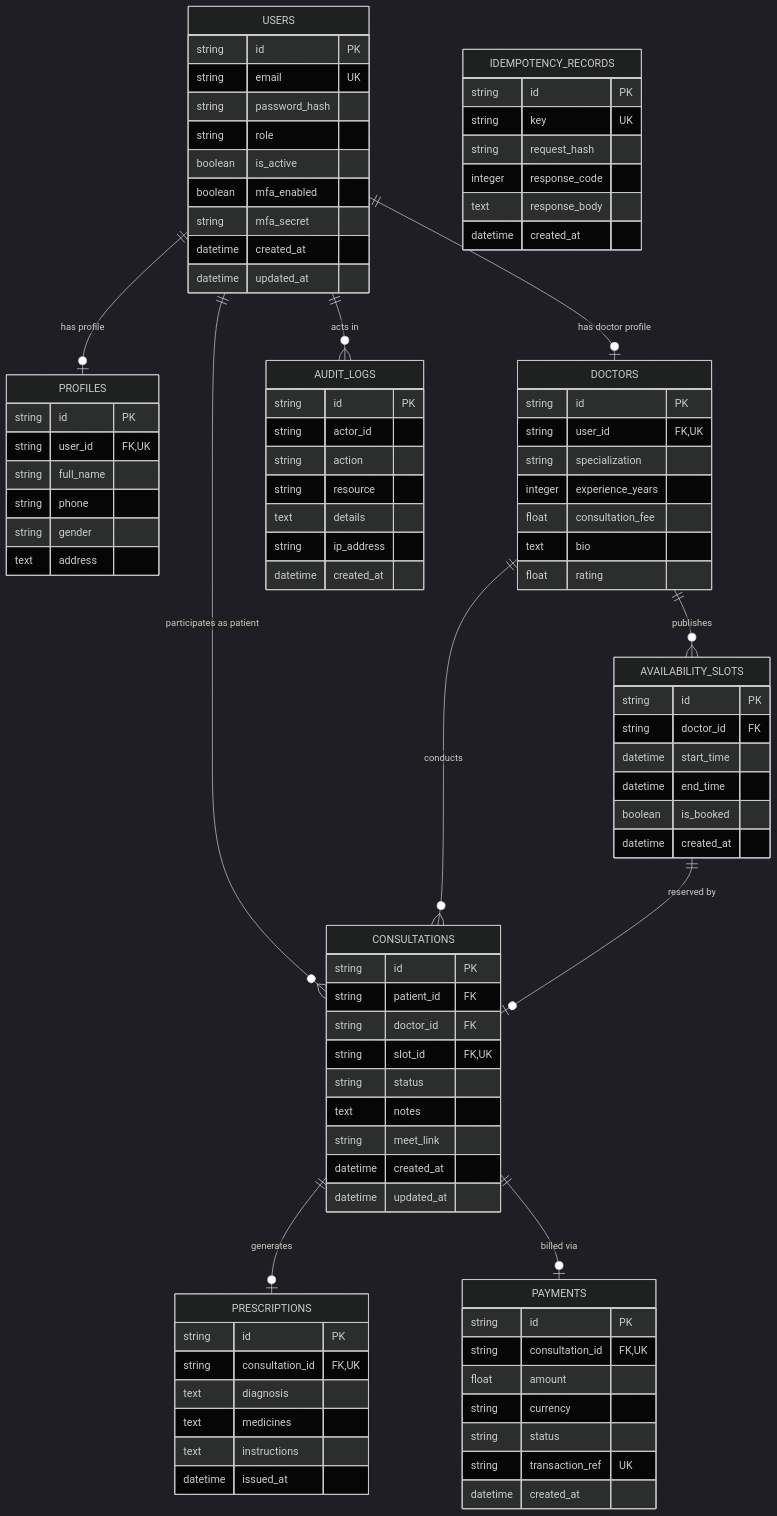
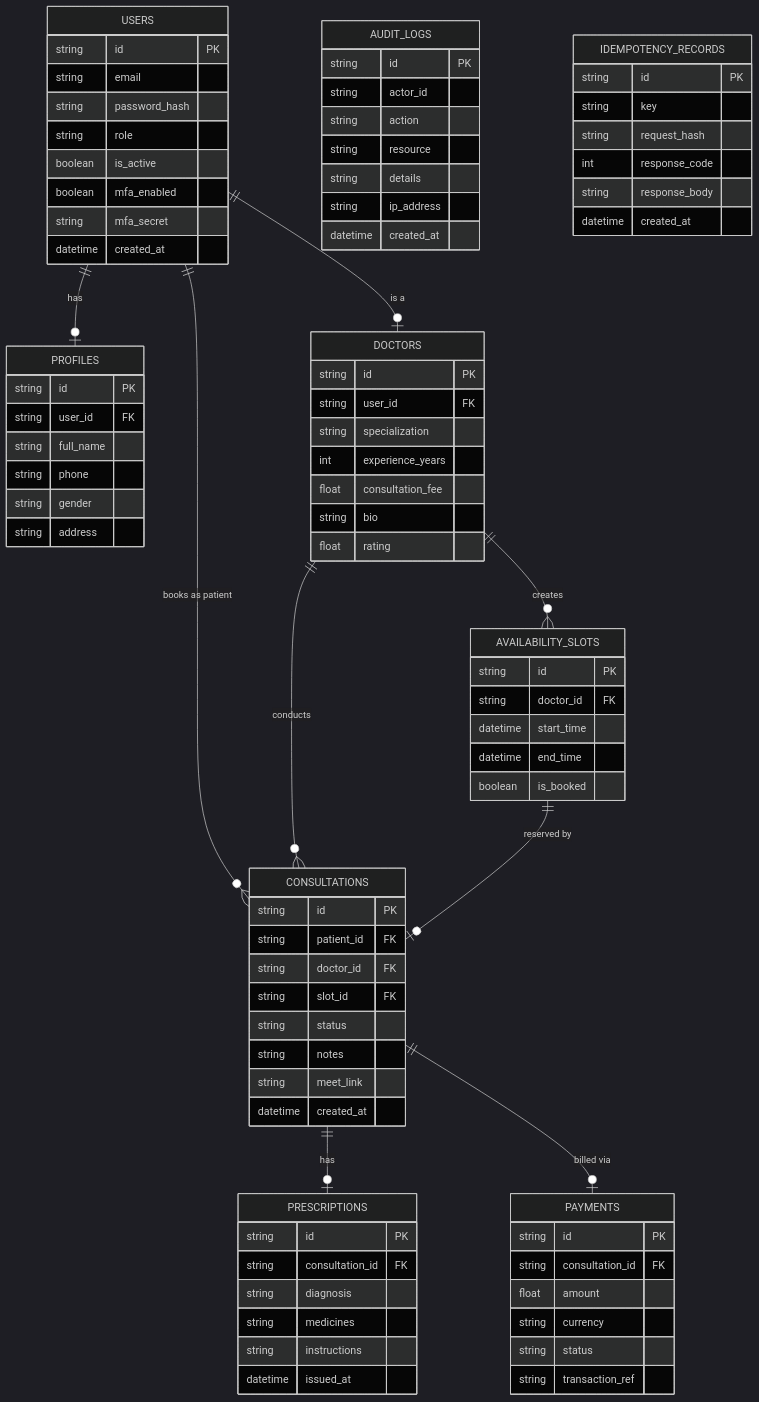
The diagram in docs/er-diagram.md (Satyam-gupta04/amrutam-telemedicine-backend), drawn with Mermaid (dark theme) before and after one commit. The commit also changed other lines of this file and 22 other files, not shown here.

````diff
--- a/docs/er-diagram.md
+++ b/docs/er-diagram.md
@@ -5,43 +3,41 @@
 ```mermaid
 erDiagram
-    USERS ||--o| PROFILES : "has profile"
-    USERS ||--o| DOCTORS : "has doctor profile"
-    USERS ||--o{ CONSULTATIONS : "participates as patient"
-    DOCTORS ||--o{ AVAILABILITY_SLOTS : "publishes"
+    USERS ||--o| PROFILES : "has"
+    USERS ||--o| DOCTORS : "is a"
+    USERS ||--o{ CONSULTATIONS : "books as patient"
+    DOCTORS ||--o{ AVAILABILITY_SLOTS : "creates"
     DOCTORS ||--o{ CONSULTATIONS : "conducts"
     AVAILABILITY_SLOTS ||--o| CONSULTATIONS : "reserved by"
-    CONSULTATIONS ||--o| PRESCRIPTIONS : "generates"
+    CONSULTATIONS ||--o| PRESCRIPTIONS : "has"
     CONSULTATIONS ||--o| PAYMENTS : "billed via"
-    USERS ||--o{ AUDIT_LOGS : "acts in"
 
     USERS {
         string id PK
-        string email UK
+        string email
         string password_hash
         string role
         boolean is_active
         boolean mfa_enabled
         string mfa_secret
         datetime created_at
-        datetime updated_at
     }
 
     PROFILES {
         string id PK
-        string user_id FK, UK
+        string user_id FK
         string full_name
         string phone
         string gender
-        text address
+        string address
     }
 
     DOCTORS {
         string id PK
-        string user_id FK, UK
+        string user_id FK
         string specialization
-        integer experience_years
+        int experience_years
         float consultation_fee
-        text bio
+        string bio
         float rating
     }
 
@@ -51,38 +47,35 @@
         datetime start_time
         datetime end_time
         boolean is_booked
-        datetime created_at
     }
 
     CONSULTATIONS {
         string id PK
         string patient_id FK
         string doctor_id FK
-        string slot_id FK, UK
+        string slot_id FK
         string status
-        text notes
+        string notes
         string meet_link
         datetime created_at
-        datetime updated_at
     }
 
     PRESCRIPTIONS {
         string id PK
-        string consultation_id FK, UK
-        text diagnosis
-        text medicines
-        text instructions
+        string consultation_id FK
+        string diagnosis
+        string medicines
+        string instructions
         datetime issued_at
     }
 
     PAYMENTS {
         string id PK
-        string consultation_id FK, UK
+        string consultation_id FK
         float amount
         string currency
         string status
-        string transaction_ref UK
-        datetime created_at
+        string transaction_ref
     }
 
     AUDIT_LOGS {
@@ -90,17 +83,17 @@
         string actor_id
         string action
         string resource
-        text details
+        string details
         string ip_address
         datetime created_at
     }
 
     IDEMPOTENCY_RECORDS {
         string id PK
-        string key UK
+        string key
         string request_hash
-        integer response_code
-        text response_body
+        int response_code
+        string response_body
         datetime created_at
     }
 ```
````
